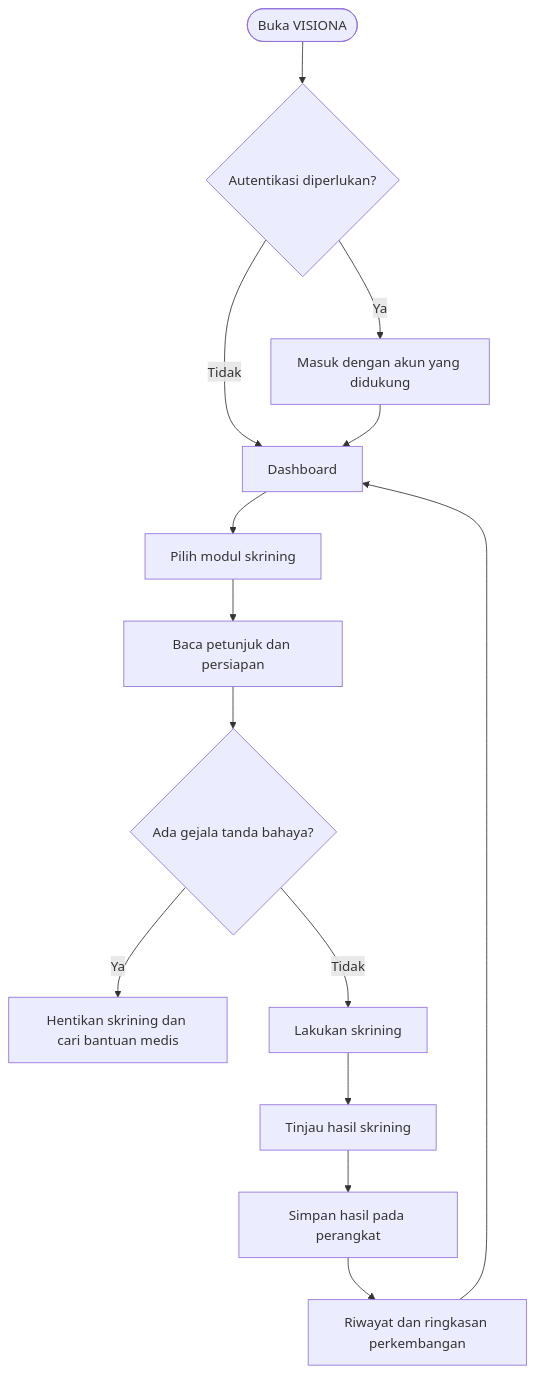
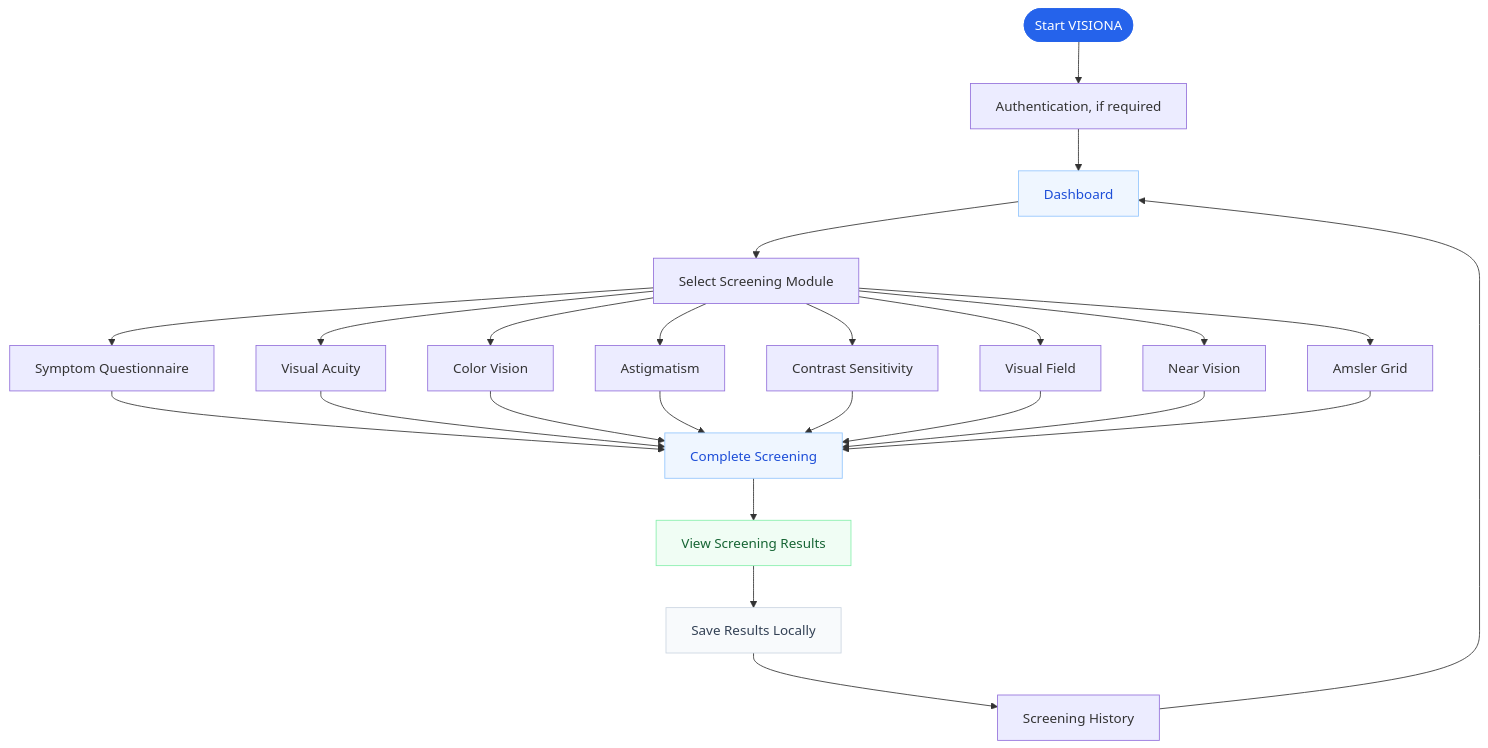
The diagram in README.md (Chaxyzzz/Visiona), drawn with Mermaid before and after one commit. The commit also changed other lines of this file, not shown here.

````diff
--- a/README.md
+++ b/README.md
@@ -39,16 +113,35 @@
 ```mermaid
 flowchart TD
-    A([Buka VISIONA]) --> B{Autentikasi diperlukan?}
-    B -- Ya --> C[Masuk dengan akun yang didukung]
-    B -- Tidak --> D[Dashboard]
-    C --> D
-    D --> E[Pilih modul skrining]
-    E --> F[Baca petunjuk dan persiapan]
-    F --> G{Ada gejala tanda bahaya?}
-    G -- Ya --> H[Hentikan skrining dan cari bantuan medis]
-    G -- Tidak --> I[Lakukan skrining]
-    I --> J[Tinjau hasil skrining]
-    J --> K[Simpan hasil pada perangkat]
-    K --> L[Riwayat dan ringkasan perkembangan]
-    L --> D
+    A([Start VISIONA]) --> B[Authentication, if required]
+    B --> C[Dashboard]
+    C --> D[Select Screening Module]
+
+    D --> E1[Symptom Questionnaire]
+    D --> E2[Visual Acuity]
+    D --> E3[Color Vision]
+    D --> E4[Astigmatism]
+    D --> E5[Contrast Sensitivity]
+    D --> E6[Visual Field]
+    D --> E7[Near Vision]
+    D --> E8[Amsler Grid]
+
+    E1 --> F[Complete Screening]
+    E2 --> F
+    E3 --> F
+    E4 --> F
+    E5 --> F
+    E6 --> F
+    E7 --> F
+    E8 --> F
+
+    F --> G[View Screening Results]
+    G --> H[Save Results Locally]
+    H --> I[Screening History]
+    I --> C
+
+    style A fill:#2563eb,color:#ffffff,stroke:#2563eb
+    style C fill:#eff6ff,color:#1d4ed8,stroke:#93c5fd
+    style F fill:#eff6ff,color:#1d4ed8,stroke:#93c5fd
+    style G fill:#f0fdf4,color:#166534,stroke:#86efac
+    style H fill:#f8fafc,color:#334155,stroke:#cbd5e1
 ```
````
